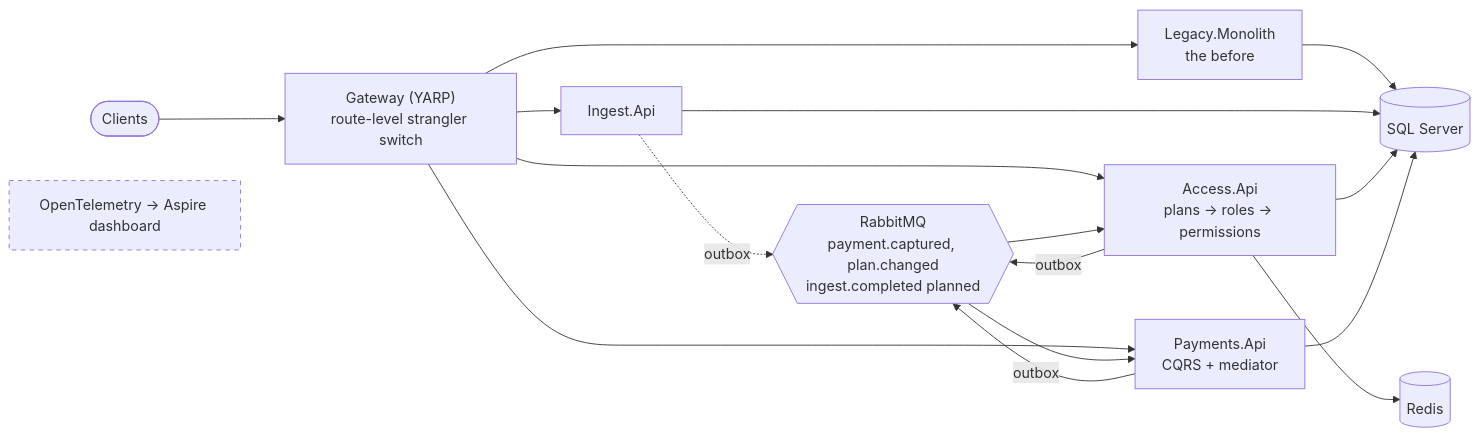
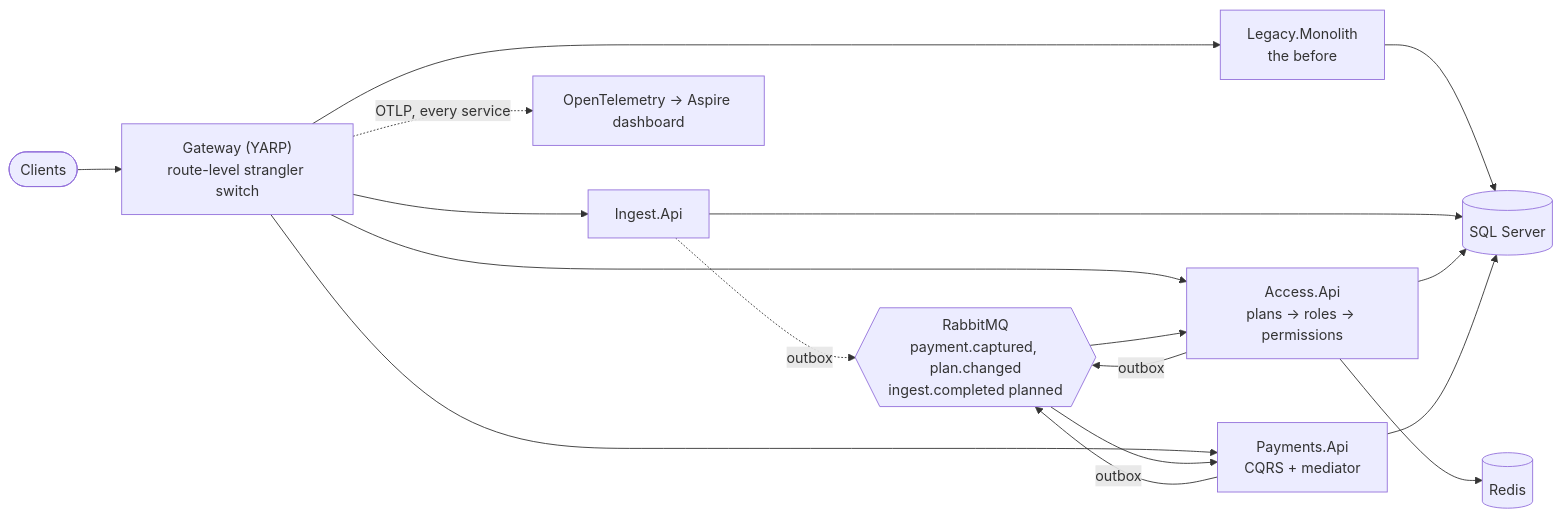
Before and after one commit to Arggon/dotnet-batchyard: the fifth of 5 diagrams in docs/architecture.md, drawn with Mermaid. The commit also changed other lines of this file and 27 other files, not shown here.

First line of the commit message:
feat(observability): OpenTelemetry tracing, metrics and logs (ADR 0016)

````diff
--- a/docs/architecture.md
+++ b/docs/architecture.md
@@ -107,31 +107,32 @@
 ```mermaid
 flowchart LR
     client([Clients])
     gw["Gateway (YARP)<br/>route-level strangler switch"]
     ingest[Ingest.Api]
     access["Access.Api<br/>plans → roles → permissions"]
     payments["Payments.Api<br/>CQRS + mediator"]
     legacy["Legacy.Monolith<br/>the before"]
     sql[(SQL Server)]
     redis[(Redis)]
     mq{{RabbitMQ<br/>payment.captured, plan.changed<br/>ingest.completed planned}}
-    otel["OpenTelemetry → Aspire dashboard"]:::planned
+    otel["OpenTelemetry → Aspire dashboard"]
 
     client --> gw
     gw --> ingest
     gw --> access
     gw --> payments
     gw --> legacy
     legacy --> sql
     ingest --> sql
     access --> sql
     access --> redis
     payments --> sql
     ingest -.->|outbox| mq
     payments -->|outbox| mq
     access -->|outbox| mq
     mq --> access
     mq --> payments
+    gw -.->|OTLP, every service| otel
 
     classDef planned stroke-dasharray: 5 5
 ```
````
